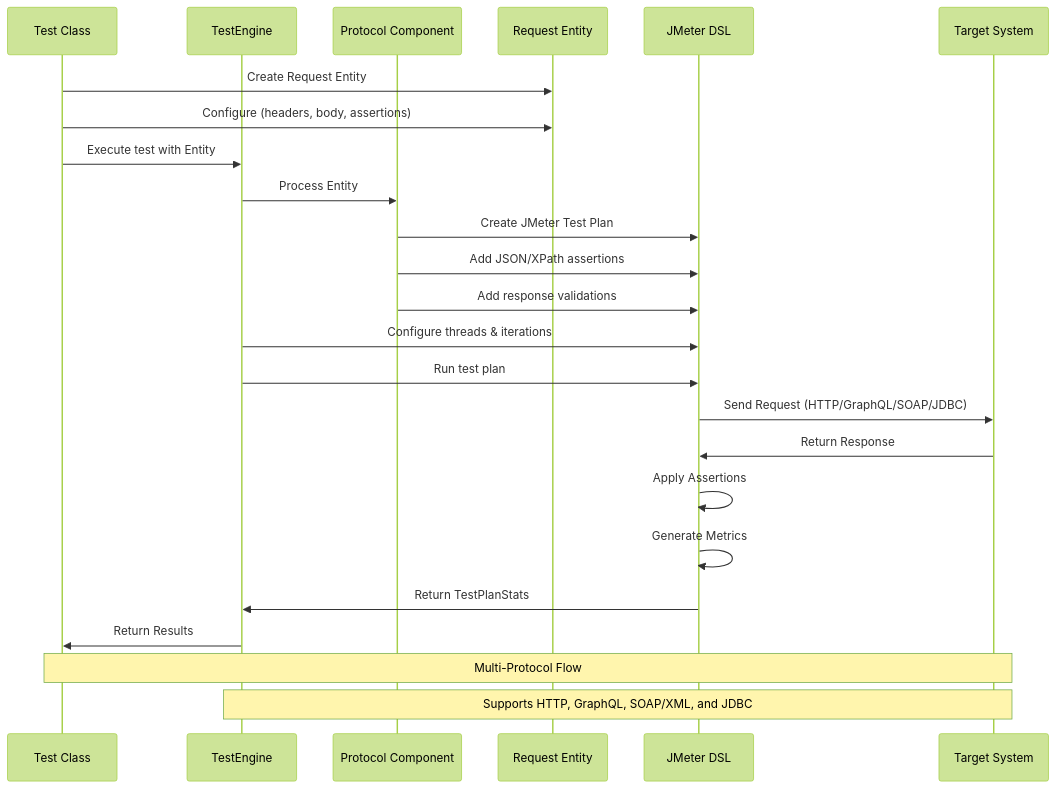
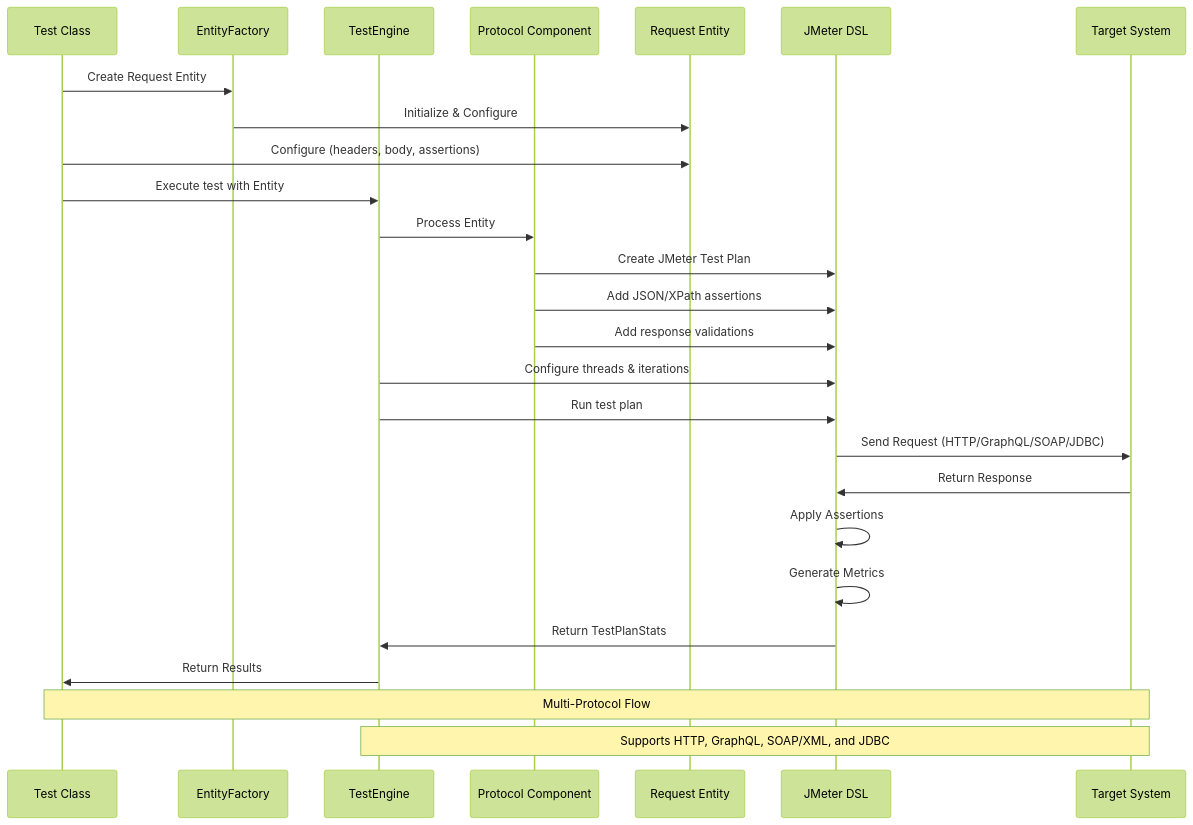
Before and after one commit to TestAutomationMultiverse/PerformanceAutomationFramework: the second of 2 diagrams in README.md, drawn with Mermaid (forest theme). The commit also changed other lines of this file and 211 other files, not shown here.

````diff
--- a/README.md
+++ b/README.md
@@ -159,28 +340,30 @@
 ```mermaid
 sequenceDiagram
     participant Test as Test Class
+    participant Factory as EntityFactory
     participant Engine as TestEngine
     participant Component as Protocol Component
     participant Entity as Request Entity
     participant JMeter as JMeter DSL
     participant Target as Target System
 
-    Test->>Entity: Create Request Entity
+    Test->>Factory: Create Request Entity
+    Factory->>Entity: Initialize & Configure
     Test->>Entity: Configure (headers, body, assertions)
     Test->>Engine: Execute test with Entity
     Engine->>Component: Process Entity
     Component->>JMeter: Create JMeter Test Plan
     Component->>JMeter: Add JSON/XPath assertions
     Component->>JMeter: Add response validations
     Engine->>JMeter: Configure threads & iterations
     Engine->>JMeter: Run test plan
     JMeter->>Target: Send Request (HTTP/GraphQL/SOAP/JDBC)
     Target->>JMeter: Return Response
     JMeter->>JMeter: Apply Assertions
     JMeter->>JMeter: Generate Metrics
     JMeter->>Engine: Return TestPlanStats
     Engine->>Test: Return Results
     
     Note over Test,Target: Multi-Protocol Flow
     Note over Engine,Target: Supports HTTP, GraphQL, SOAP/XML, and JDBC
 ```
````
